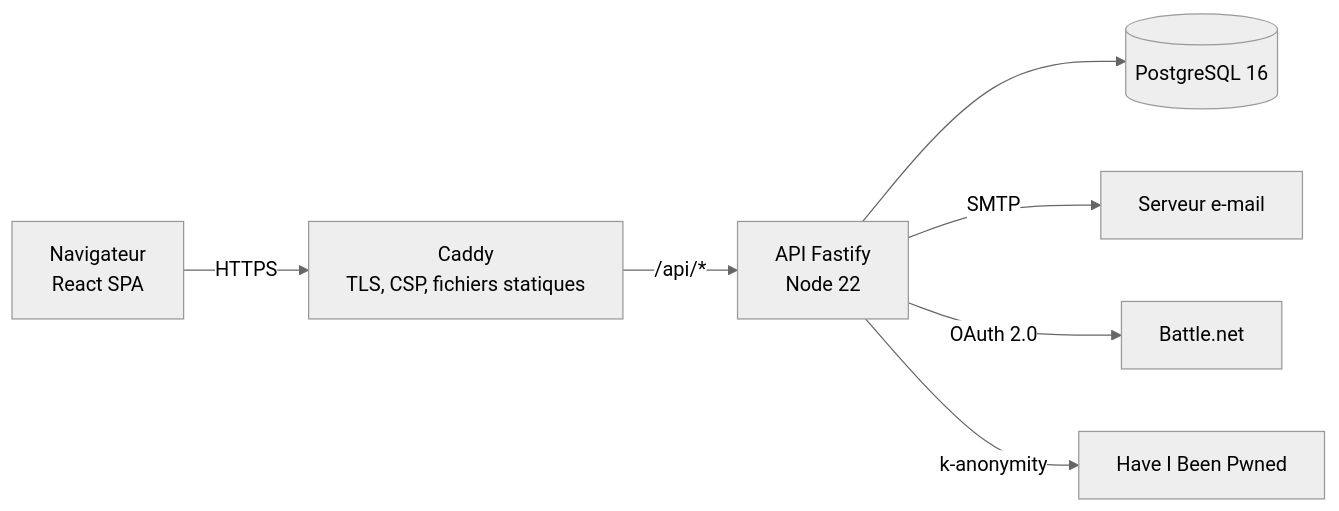
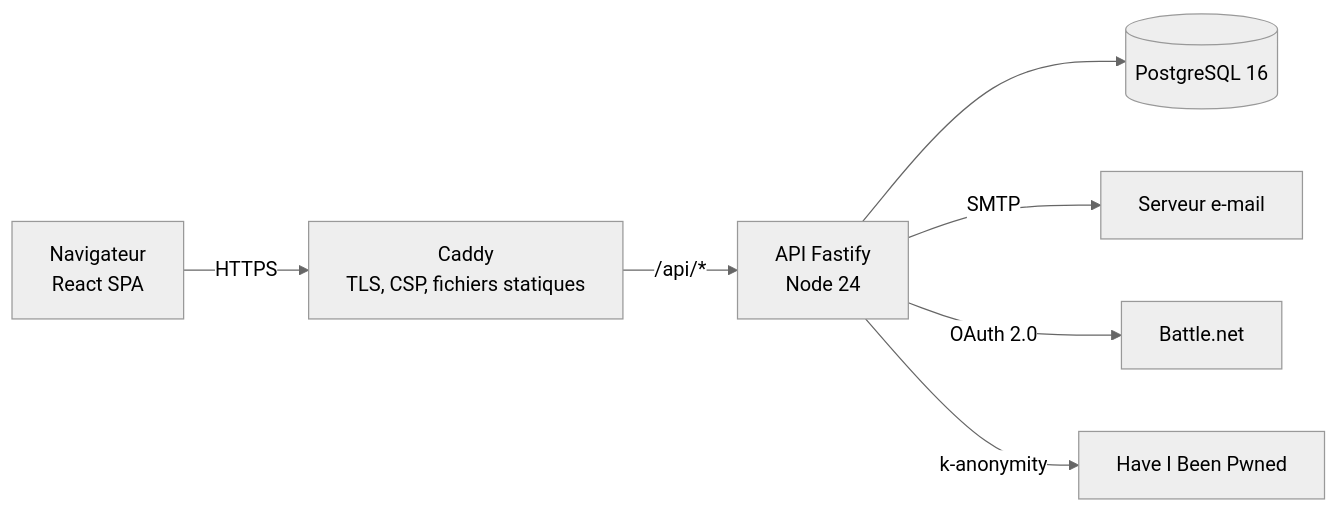
Before and after one commit to Sleyvazh/forever-roster: the first of 4 diagrams in docs/architecture.md, drawn with Mermaid (neutral theme). The commit also changed 9 other files, not shown here.

````diff
--- a/docs/architecture.md
+++ b/docs/architecture.md
@@ -5,9 +5,9 @@
 ```mermaid
 flowchart LR
   B[Navigateur<br/>React SPA] -- HTTPS --> C[Caddy<br/>TLS, CSP, fichiers statiques]
-  C -- /api/* --> A[API Fastify<br/>Node 22]
+  C -- /api/* --> A[API Fastify<br/>Node 24]
   A --> P[(PostgreSQL 16)]
   A -- SMTP --> M[Serveur e-mail]
   A -- OAuth 2.0 --> BN[Battle.net]
   A -- k-anonymity --> H[Have I Been Pwned]
 ```
````
